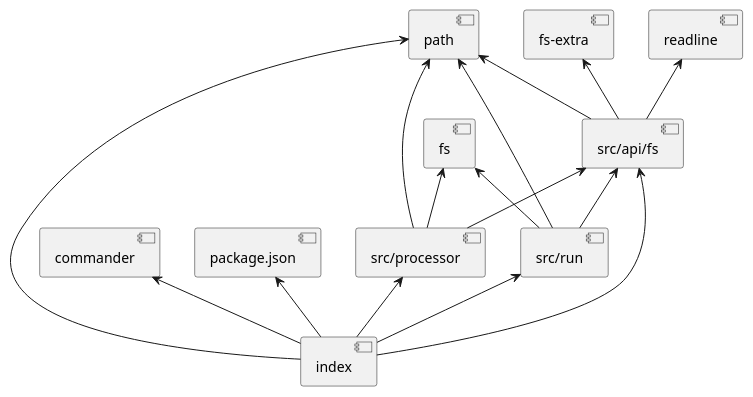
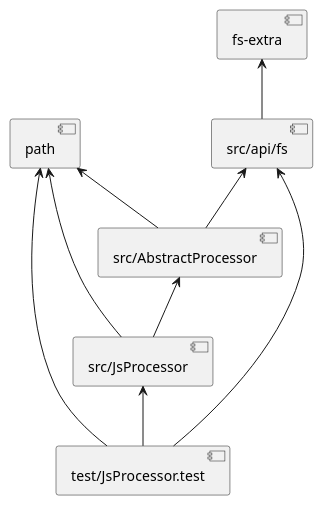
One commit to ljquan/gen-structure changed the first of 4 diagrams in structure.md. Above: the diagram before and after it, drawn with PlantUML. The commit also changed other lines of this file and 5 other files, not shown here.

````diff
--- a/structure.md
+++ b/structure.md
@@ -3,19 +2,12 @@
 ```plantuml
 @startuml
-[index] -up-> [src/run]
-[src/run] -up-> [src/api/fs]
+[test/JsProcessor.test] -up-> [src/JsProcessor]
+[src/JsProcessor] -up-> [src/AbstractProcessor]
+[src/AbstractProcessor] -up-> [src/api/fs]
 [src/api/fs] -up-> [fs-extra]
-[index] -up-> [src/processor]
-[src/processor] -up-> [src/api/fs]
-[index] -up-> [src/api/fs]
-[src/processor] -up-> [fs]
-[index] -up-> [package.json]
-[index] -up-> [commander]
-[index] -up-> [path]
-[src/processor] -up-> [path]
-[src/run] -up-> [fs]
-[src/run] -up-> [path]
-[src/api/fs] -up-> [path]
-[src/api/fs] -up-> [readline]
+[src/AbstractProcessor] -up-> [path]
+[src/JsProcessor] -up-> [path]
+[test/JsProcessor.test] -up-> [path]
+[test/JsProcessor.test] -up-> [src/api/fs]
 @enduml
 ```
````
